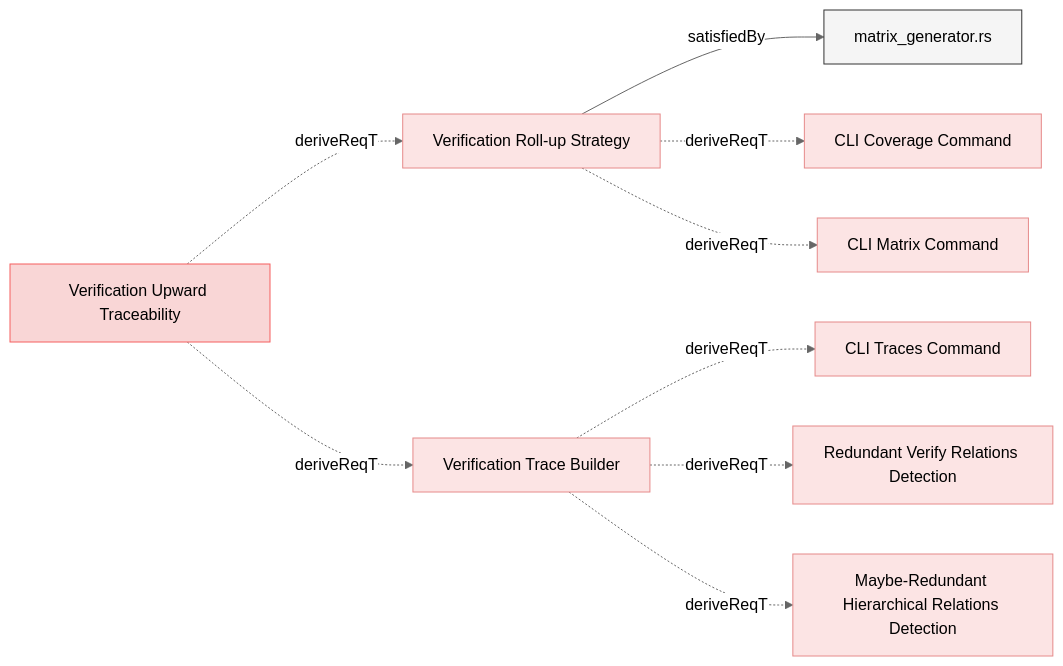
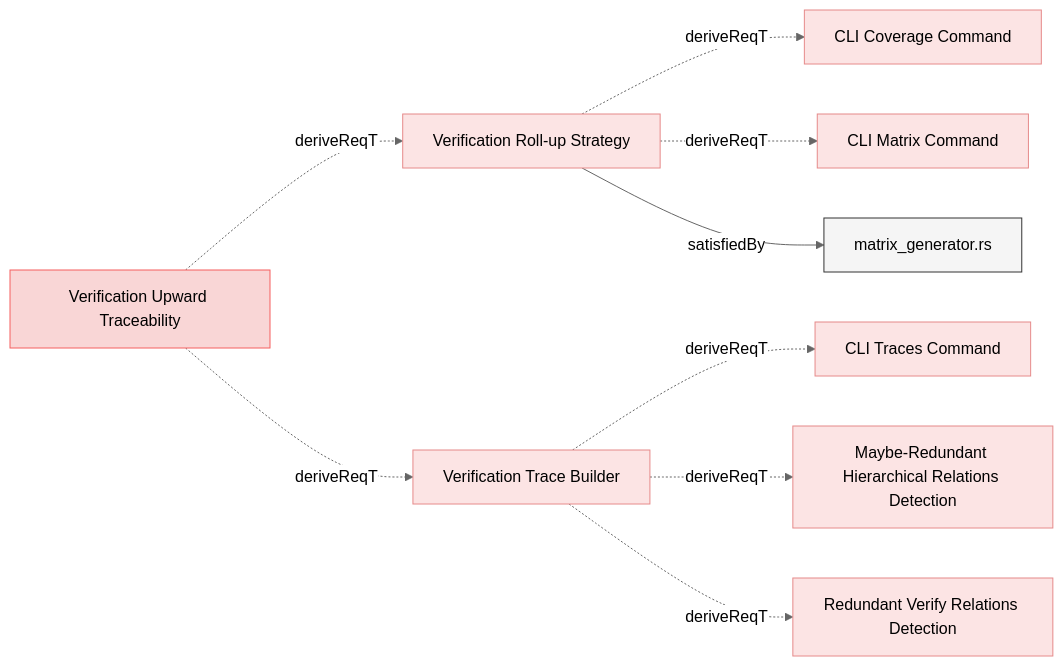
Before and after one commit to reqvire-org/reqvire: the second of 2 diagrams in specifications/ReqvireTool/ModelManagement/TraceabilityMatrix.md, drawn with Mermaid (neutral theme). The commit also changed other lines of this file and 45 other files, not shown here.

````diff
--- a/specifications/ReqvireTool/ModelManagement/TraceabilityMatrix.md
+++ b/specifications/ReqvireTool/ModelManagement/TraceabilityMatrix.md
@@ -174,45 +174,45 @@
 ```mermaid
 graph LR;
   %% REQVIRE-AUTOGENERATED-DIAGRAM
   %% Graph styling
   classDef userRequirement fill:#f9d6d6,stroke:#f55f5f,stroke-width:1px;
   classDef systemRequirement fill:#fce4e4,stroke:#e68a8a,stroke-width:1px;
   classDef verification fill:#d6f9d6,stroke:#5fd75f,stroke-width:1px;
   classDef default fill:#f5f5f5,stroke:#333333,stroke-width:1px;
 
   105876a11005743e["Verification Roll-up Strategy"];
   class 105876a11005743e systemRequirement;
   click 105876a11005743e "TraceabilityMatrix.md#verification-roll-up-strategy";
-  16bf75b57622c10["matrix_generator.rs"];
-  class 16bf75b57622c10 default;
-  click 16bf75b57622c10 "../../../core/src/matrix_generator.rs";
-  105876a11005743e -->|satisfiedBy| 16bf75b57622c10;
   b559b1f7629a5c62["CLI Coverage Command"];
   class b559b1f7629a5c62 systemRequirement;
   click b559b1f7629a5c62 "../UserInterface/CLI.md#cli-coverage-command";
   105876a11005743e -.->|deriveReqT| b559b1f7629a5c62;
   7dde285bfbab3efc["CLI Matrix Command"];
   class 7dde285bfbab3efc systemRequirement;
   click 7dde285bfbab3efc "../UserInterface/CLI.md#cli-matrix-command";
   105876a11005743e -.->|deriveReqT| 7dde285bfbab3efc;
+  16bf75b57622c10["matrix_generator.rs"];
+  class 16bf75b57622c10 default;
+  click 16bf75b57622c10 "../../../core/src/matrix_generator.rs";
+  105876a11005743e -->|satisfiedBy| 16bf75b57622c10;
   b93eaa92690c6c43["Verification Trace Builder"];
   class b93eaa92690c6c43 systemRequirement;
   click b93eaa92690c6c43 "TraceabilityMatrix.md#verification-trace-builder";
   7d29669df287de3a["CLI Traces Command"];
   class 7d29669df287de3a systemRequirement;
   click 7d29669df287de3a "../UserInterface/CLI.md#cli-traces-command";
   b93eaa92690c6c43 -.->|deriveReqT| 7d29669df287de3a;
+  345c1bb921bc8a5["Maybe-Redundant Hierarchical Relations Detection"];
+  class 345c1bb921bc8a5 systemRequirement;
+  click 345c1bb921bc8a5 "../ValidationAndReporting/Lint.md#maybe-redundant-hierarchical-relations-detection";
+  b93eaa92690c6c43 -.->|deriveReqT| 345c1bb921bc8a5;
   4517ba9864214f8f["Redundant Verify Relations Detection"];
   class 4517ba9864214f8f systemRequirement;
   click 4517ba9864214f8f "../ValidationAndReporting/Lint.md#redundant-verify-relations-detection";
   b93eaa92690c6c43 -.->|deriveReqT| 4517ba9864214f8f;
-  345c1bb921bc8a5["Maybe-Redundant Hierarchical Relations Detection"];
-  class 345c1bb921bc8a5 systemRequirement;
-  click 345c1bb921bc8a5 "../ValidationAndReporting/Lint.md#maybe-redundant-hierarchical-relations-detection";
-  b93eaa92690c6c43 -.->|deriveReqT| 345c1bb921bc8a5;
   7ceb6b9bed1a94e1["Verification Upward Traceability"];
   class 7ceb6b9bed1a94e1 userRequirement;
   click 7ceb6b9bed1a94e1 "../../UserRequirements.md#verification-upward-traceability";
   7ceb6b9bed1a94e1 -.->|deriveReqT| 105876a11005743e;
   7ceb6b9bed1a94e1 -.->|deriveReqT| b93eaa92690c6c43;
 ```
````
